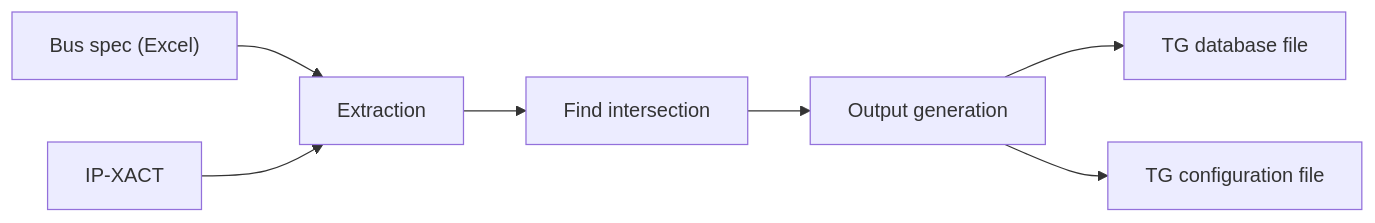
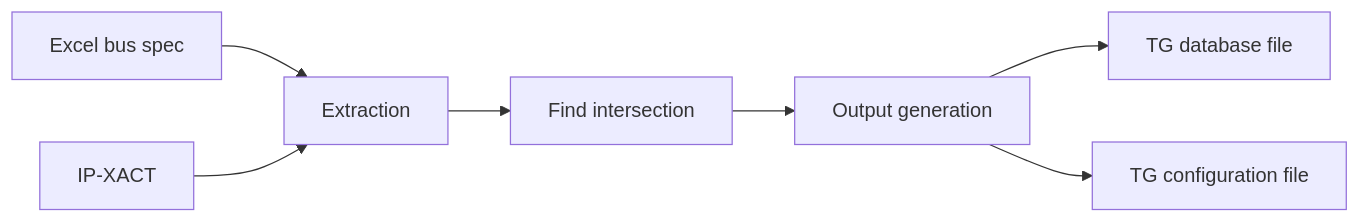
The diagram in docs/papers/ref-20261018-271b-automation-methodology-for-bus-performance-verification-usin.md (nemo99007/yt-paper), drawn with Mermaid before and after one commit. The commit also changed other lines of this file and 172 other files, not shown here.

````diff
--- a/docs/papers/ref-20261018-271b-automation-methodology-for-bus-performance-verification-usin.md
+++ b/docs/papers/ref-20261018-271b-automation-methodology-for-bus-performance-verification-usin.md
@@ -212,9 +225,9 @@
 ```mermaid
 flowchart LR
-  A["Bus spec (Excel)"] --> C["Extraction"]
-  B["IP-XACT"] --> C
-  C --> D["Find intersection"]
-  D --> E["Output generation"]
-  E --> F["TG database file"]
-  E --> G["TG configuration file"]
+  A[Excel bus spec] --> C[Extraction]
+  B[IP-XACT] --> C
+  C --> D[Find intersection]
+  D --> E[Output generation]
+  E --> F[TG database file]
+  E --> G[TG configuration file]
 ```
````
